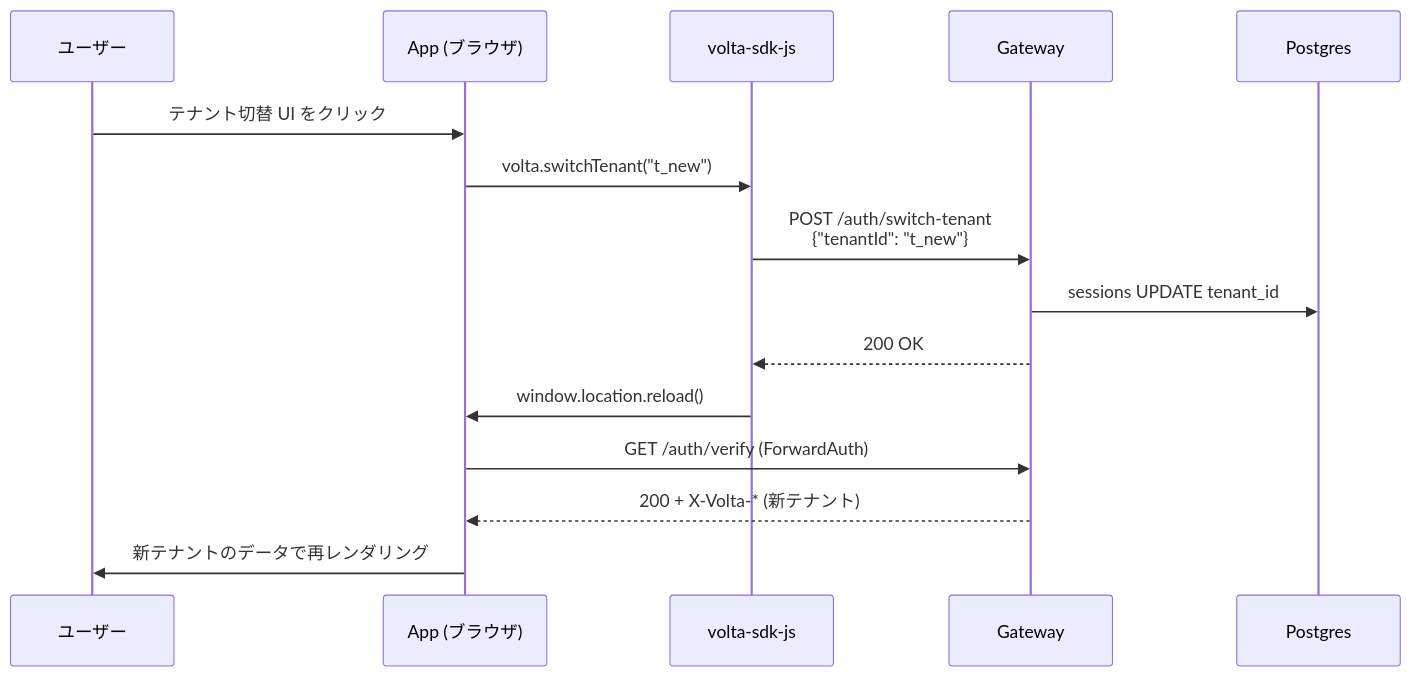
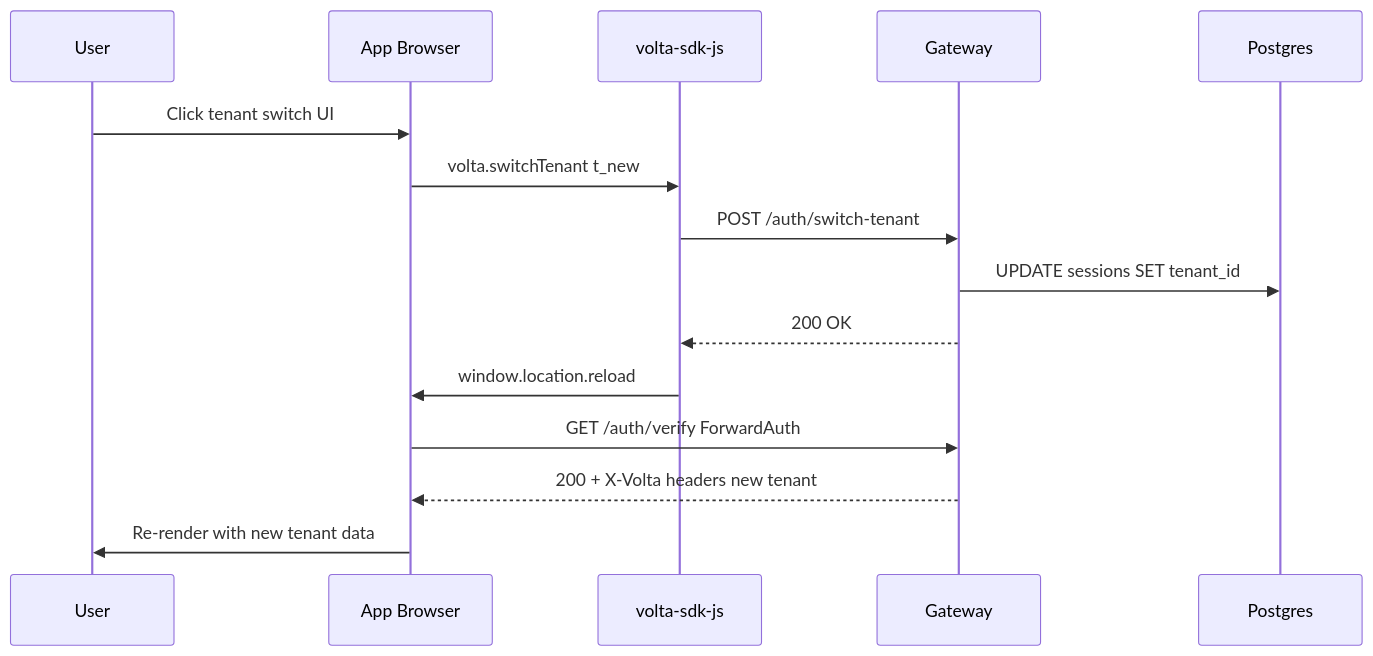
One commit to opaopa6969/volta-auth-proxy changed the fifth of 12 diagrams in dge/specs/ui-flow.md. Above: the diagram before and after it, drawn with Mermaid. The commit also changed other lines of this file, not shown here.

First line of the commit message:
Fix mermaid diagrams for GitHub rendering

````diff
--- a/dge/specs/ui-flow.md
+++ b/dge/specs/ui-flow.md
@@ -146,18 +138,18 @@
 ```mermaid
 sequenceDiagram
-    participant User as ユーザー
-    participant App as App (ブラウザ)
+    participant User
+    participant App as App Browser
     participant SDK as volta-sdk-js
     participant GW as Gateway
     participant DB as Postgres
 
-    User->>App: テナント切替 UI をクリック
-    App->>SDK: volta.switchTenant("t_new")
-    SDK->>GW: POST /auth/switch-tenant<br>{"tenantId": "t_new"}
-    GW->>DB: sessions UPDATE tenant_id
+    User->>App: Click tenant switch UI
+    App->>SDK: volta.switchTenant t_new
+    SDK->>GW: POST /auth/switch-tenant
+    GW->>DB: UPDATE sessions SET tenant_id
     GW-->>SDK: 200 OK
-    SDK->>App: window.location.reload()
-    App->>GW: GET /auth/verify (ForwardAuth)
-    GW-->>App: 200 + X-Volta-* (新テナント)
-    App->>User: 新テナントのデータで再レンダリング
+    SDK->>App: window.location.reload
+    App->>GW: GET /auth/verify ForwardAuth
+    GW-->>App: 200 + X-Volta headers new tenant
+    App->>User: Re-render with new tenant data
 ```
````
